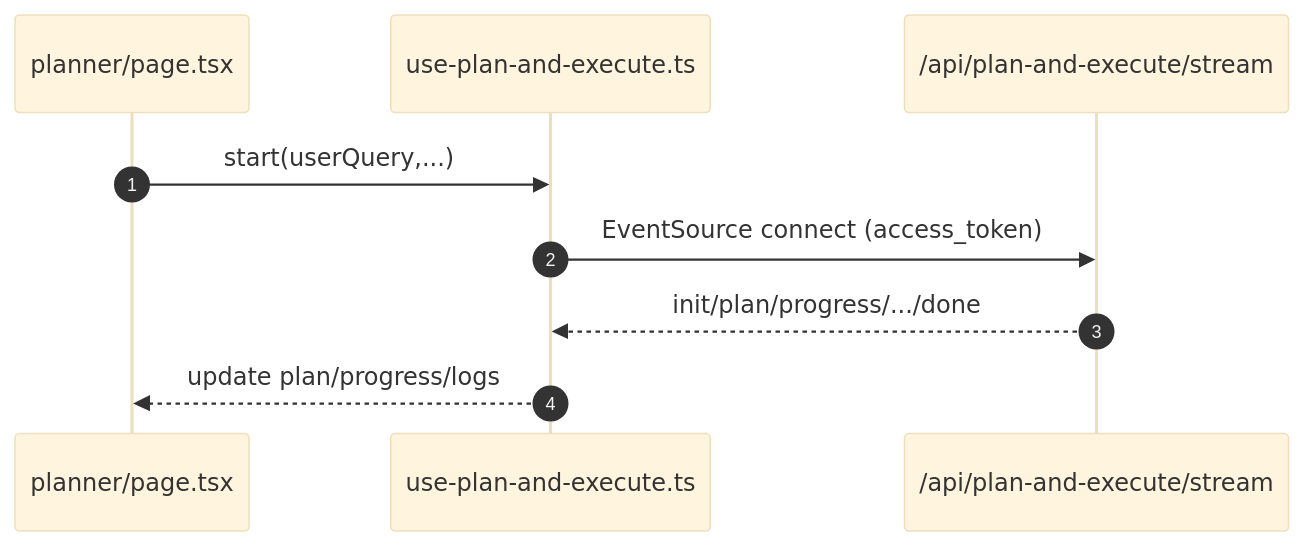
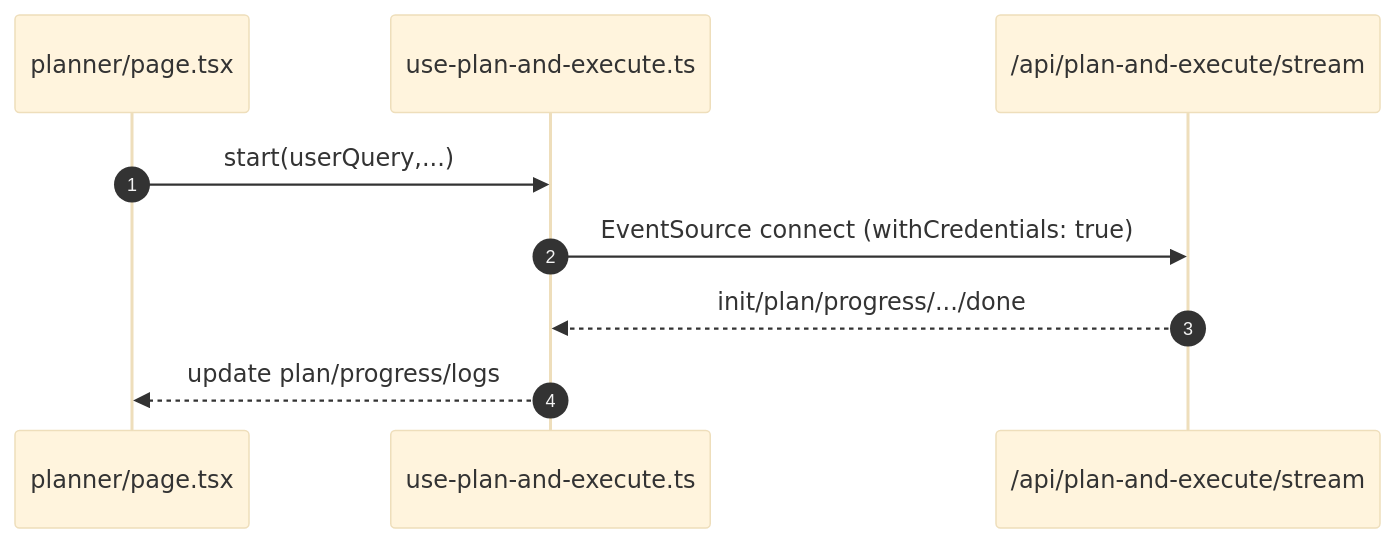
The diagram in docs/pages/planner/README.md (Kedhareswer/thesisflow-ai), drawn with Mermaid (base theme) before and after one commit. The commit also changed other lines of this file and 30 other files, not shown here.

````diff
--- a/docs/pages/planner/README.md
+++ b/docs/pages/planner/README.md
@@ -48,12 +53,12 @@
 ```mermaid
 sequenceDiagram
   autonumber
   participant UI as planner/page.tsx
   participant HK as use-plan-and-execute.ts
   participant S as /api/plan-and-execute/stream
 
   UI->>HK: start(userQuery,...)
-  HK->>S: EventSource connect (access_token)
+  HK->>S: EventSource connect (withCredentials: true)
   S-->>HK: init/plan/progress/.../done
   HK-->>UI: update plan/progress/logs
 ```
````
